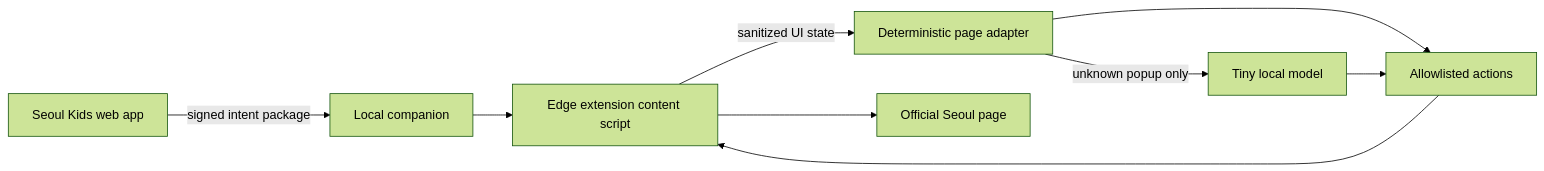
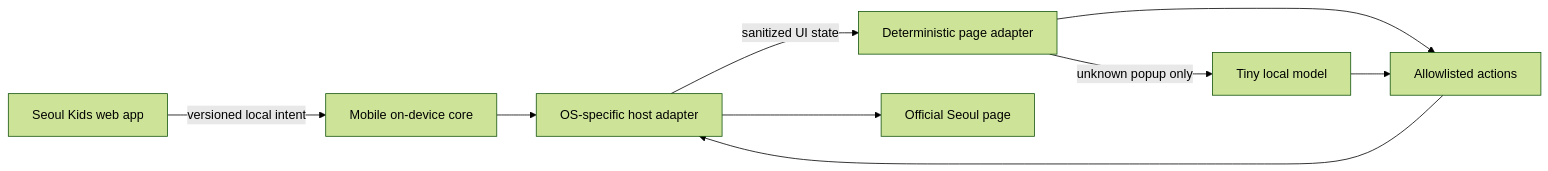
One commit to bck8888/kids_caffe_resume changed the second of 2 diagrams in RESEARCH_IMPLEMENTATION_HANDOFF.md. Above: the diagram before and after it, drawn with Mermaid (forest theme). The commit also changed other lines of this file and 18 other files, not shown here.

Commit message:
Build mobile on-device reservation assistant core

````diff
--- a/RESEARCH_IMPLEMENTATION_HANDOFF.md
+++ b/RESEARCH_IMPLEMENTATION_HANDOFF.md
@@ -145,11 +145,11 @@
 ```mermaid
 flowchart LR
-    W["Seoul Kids web app"] -->|signed intent package| C["Local companion"]
-    C --> X["Edge extension content script"]
+    W["Seoul Kids web app"] -->|versioned local intent| C["Mobile on-device core"]
+    C --> X["OS-specific host adapter"]
     X -->|sanitized UI state| P["Deterministic page adapter"]
     P -->|unknown popup only| M["Tiny local model"]
     P --> A["Allowlisted actions"]
     M --> A
     A --> X
     X --> S["Official Seoul page"]
 ```
````
